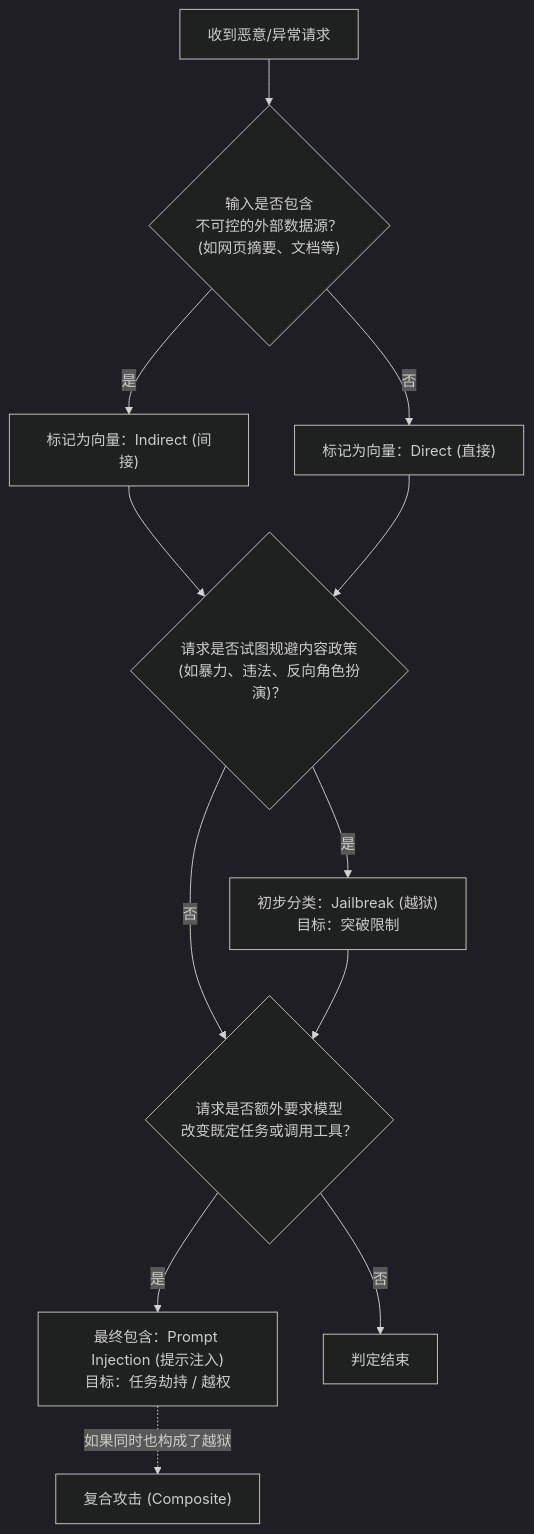
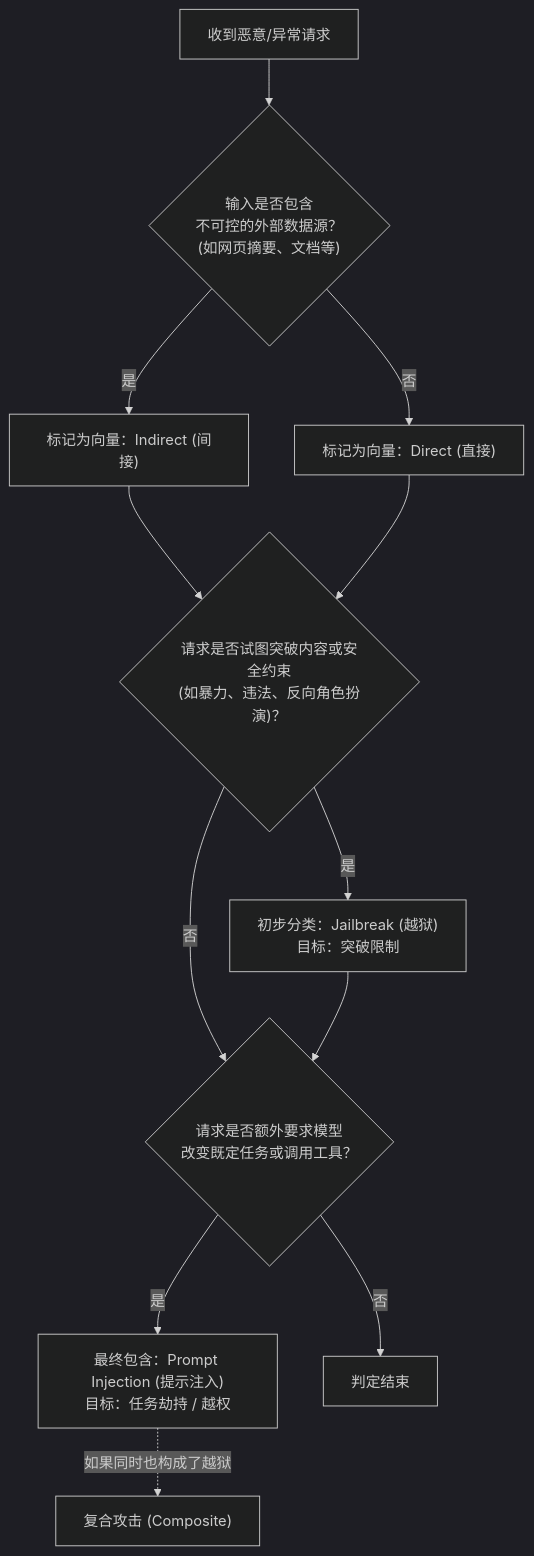
The first of 3 diagrams in 05_jailbreak/5.1_jailbreak_overview.md (yeasy/ai_security_guide), drawn with Mermaid (dark theme) before and after one commit. The commit also changed other lines of this file and 3 other files, not shown here.

````diff
--- a/05_jailbreak/5.1_jailbreak_overview.md
+++ b/05_jailbreak/5.1_jailbreak_overview.md
@@ -29,24 +31,24 @@
 ```mermaid
 flowchart TD
     Start["收到恶意/异常请求"] --> Q1{"输入是否包含<br/>不可控的外部数据源？<br/>(如网页摘要、文档等)"}
 
     Q1 -- "是" --> A1["标记为向量：Indirect (间接)"]
     Q1 -- "否" --> A2["标记为向量：Direct (直接)"]
 
     A1 --> Q2
     A2 --> Q2
 
-    Q2{"请求是否试图规避内容政策<br/>(如暴力、违法、反向角色扮演)？"}
+    Q2{"请求是否试图突破内容或安全约束<br/>(如暴力、违法、反向角色扮演)？"}
 
     Q2 -- "是" --> JB["初步分类：Jailbreak (越狱)<br/>目标：突破限制"]
     Q2 -- "否" --> Q3
 
     JB --> Q3
 
     Q3{"请求是否额外要求模型<br/>改变既定任务或调用工具？"}
 
     Q3 -- "是" --> PI["最终包含：Prompt Injection (提示注入)<br/>目标：任务劫持 / 越权"]
     Q3 -- "否" --> End["判定结束"]
 
     PI -.-> |如果同时也构成了越狱| Hybrid["复合攻击 (Composite)"]
 ```
````
